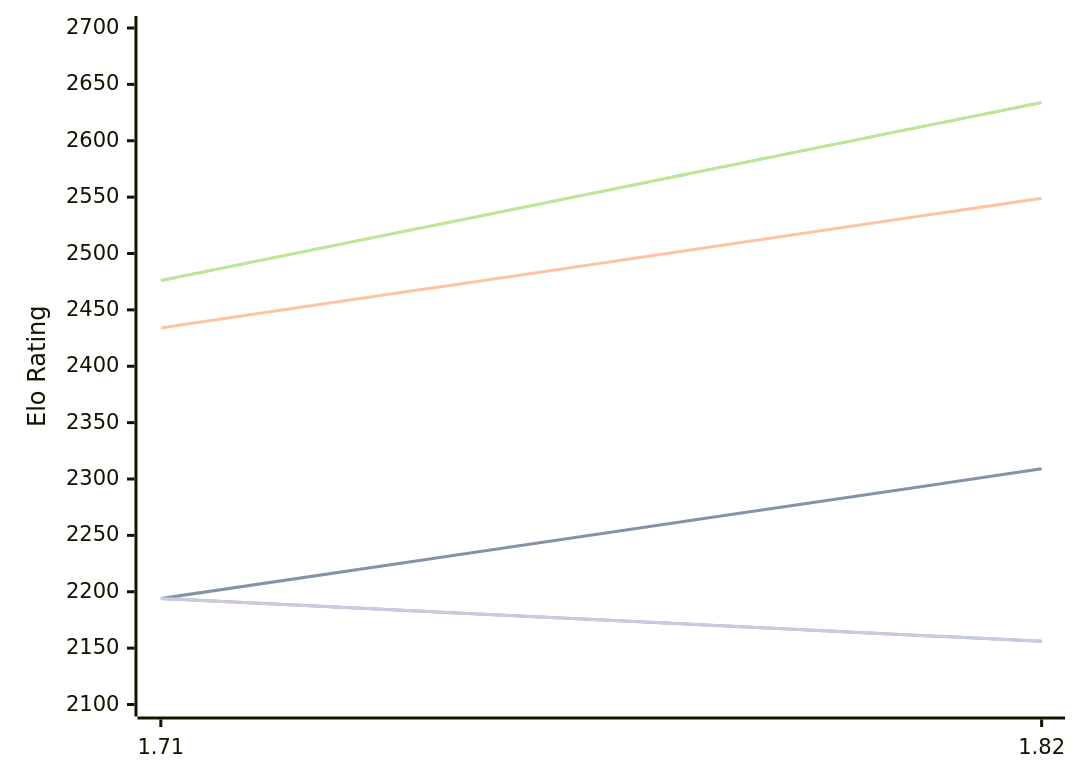
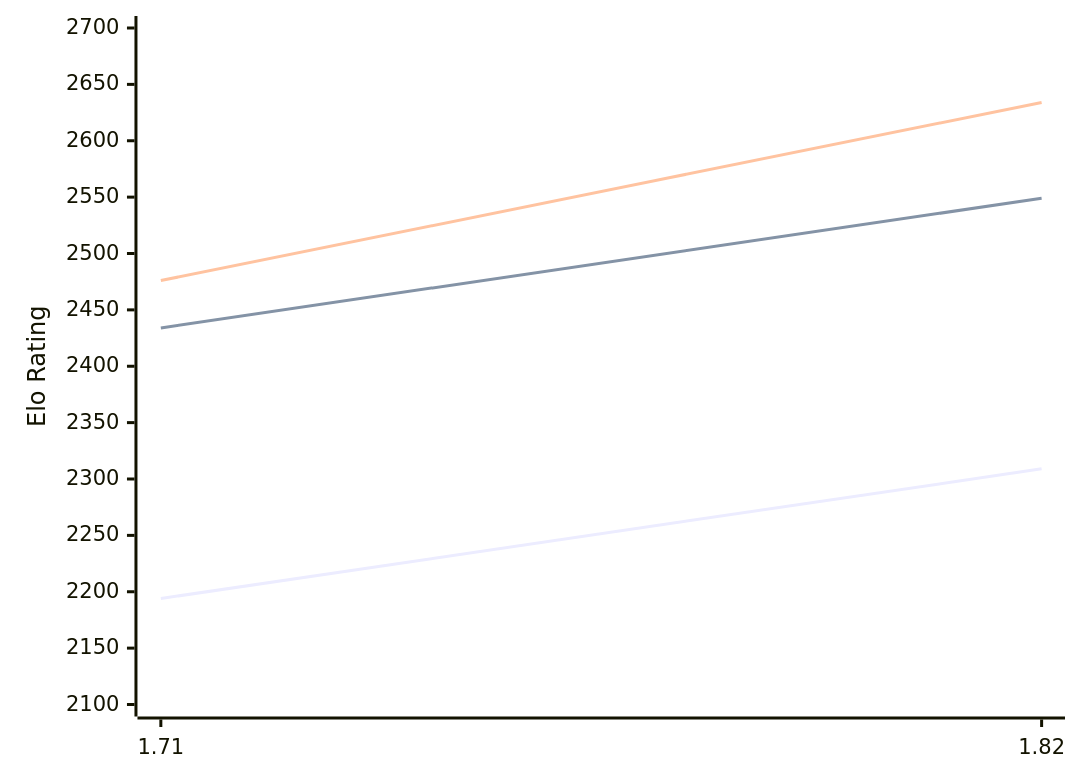
Before and after one commit to computer-chess-index/cci: the diagram in engines/Amira.md, drawn with Mermaid. The commit also changed other lines of this file, not shown here.

````diff
--- a/engines/Amira.md
+++ b/engines/Amira.md
@@ -48,13 +48,9 @@
 ```mermaid
 %%{init: {"theme":"base","themeVariables":{"seriesColors:['#a3a3a3','#222221','#faa371']}}}%%
 xychart-beta
   x-axis ["1.71", "1.82"]
   y-axis "Elo Rating" 2100 --> 2700
-  line "" [2194, 2309]
   line "T1: STC (8.0+0.08s)" [2194, 2309]
   line "T1: LTC (60.0+0.60s)" [2434, 2549]
-  line "" [2476, 2634]
   line "T1: VLTC (2m24s+1.12s)" [2476, 2634]
-  line "" [2194,2156]
-  line "E1: STC (8.0+0.08s)" [2194,2156]
 ```
````
